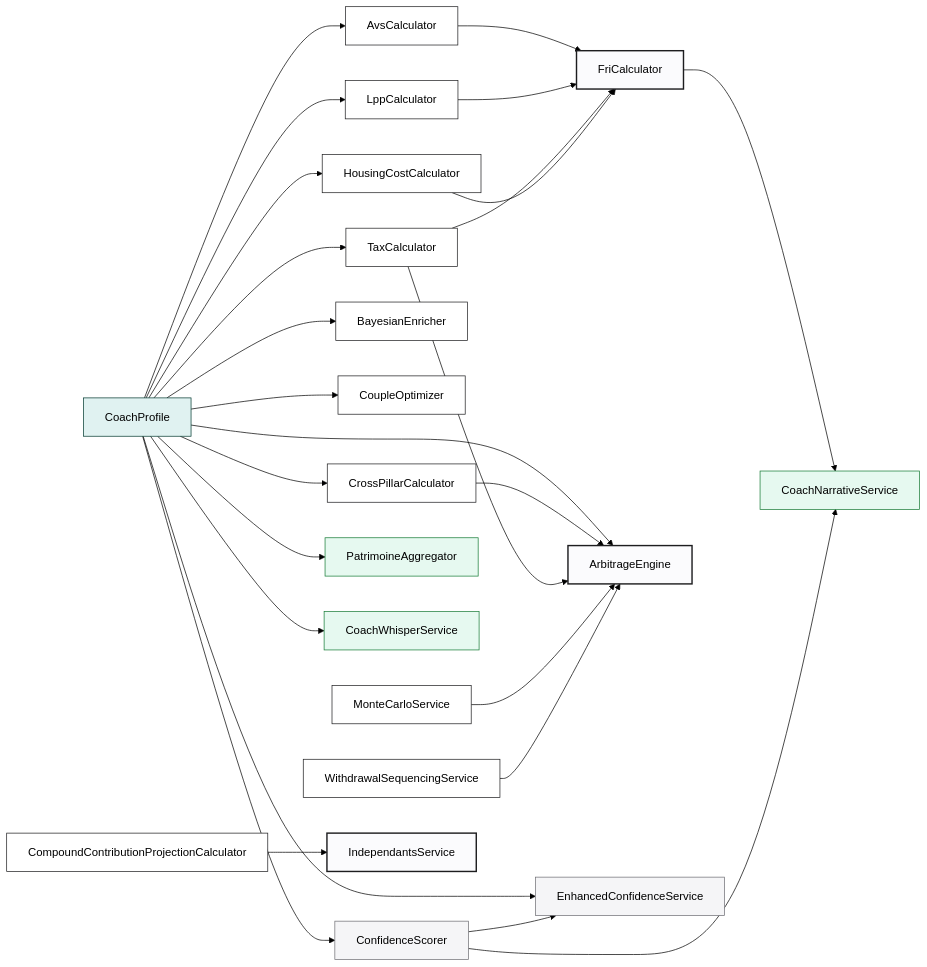
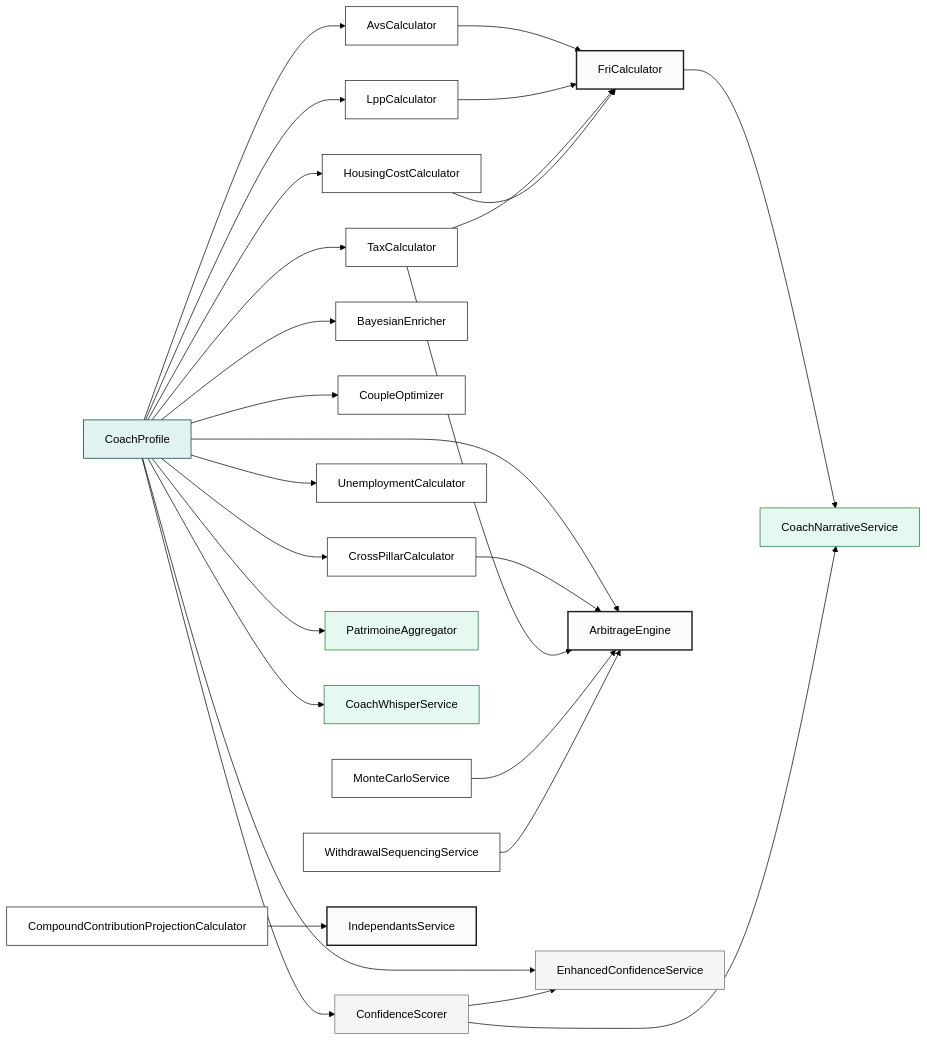
Before and after one commit to MINT-IA/MINT: the diagram in docs/calculator-graph.md, drawn with Mermaid (forest theme). The commit also changed other lines of this file and 32 other files, not shown here.

````diff
--- a/docs/calculator-graph.md
+++ b/docs/calculator-graph.md
@@ -26,41 +27,42 @@
 ```mermaid
 flowchart LR
     PROFILE[CoachProfile]:::profile
 
     PROFILE --> AVS[AvsCalculator]:::calc
     PROFILE --> LPP[LppCalculator]:::calc
     PROFILE --> TAX[TaxCalculator]:::calc
     PROFILE --> HOUSING[HousingCostCalculator]:::calc
     PROFILE --> BAYESIAN[BayesianEnricher]:::calc
 
     AVS --> FRI[FriCalculator]:::composer
     LPP --> FRI
     TAX --> FRI
     HOUSING --> FRI
 
     PROFILE --> COUPLE[CoupleOptimizer]:::calc
     PROFILE --> CROSS[CrossPillarCalculator]:::calc
+    PROFILE --> UNEMP[UnemploymentCalculator]:::calc
     PROFILE --> ARB[ArbitrageEngine]:::composer
     CROSS --> ARB
     TAX --> ARB
 
     PROFILE --> CONF[ConfidenceScorer]:::score
     PROFILE --> CONF_ENH[EnhancedConfidenceService]:::score
     CONF --> CONF_ENH
 
     PROFILE --> PAT[PatrimoineAggregator]:::ui
     PROFILE --> WHISPER[CoachWhisperService]:::ui
 
     FRI --> NAR[CoachNarrativeService]:::ui
     CONF --> NAR
 
     MC[MonteCarloService]:::calc --> ARB
     WITHDRAW[WithdrawalSequencingService]:::calc --> ARB
     COMPOUND[CompoundContributionProjectionCalculator]:::calc --> INDEP[IndependantsService]:::composer
 
     classDef profile fill:#E0F2F1,stroke:#00382E
     classDef calc fill:#FFF,stroke:#1D1D1F
     classDef composer fill:#FBFBFD,stroke:#1D1D1F,stroke-width:2px
     classDef score fill:#F5F5F7,stroke:#6E6E73
     classDef ui fill:#E6F9F0,stroke:#157B35
 ```
````
